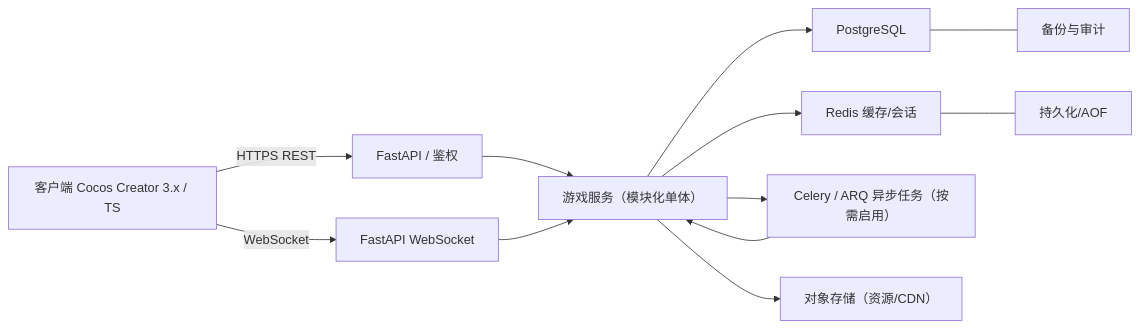
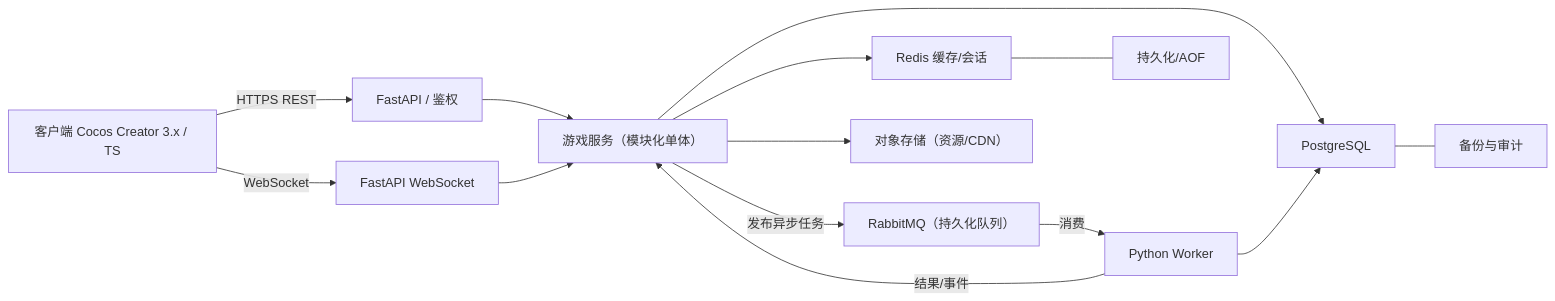
The diagram in 无界之外_GDD_第17章_技术架构与数据规范.md (ansuns/Beyond-the-Unknown), drawn with Mermaid before and after one commit. The commit also changed other lines of this file, not shown here.

Commit message:
docs: adopt RabbitMQ for async task processing

````diff
--- a/无界之外_GDD_第17章_技术架构与数据规范.md
+++ b/无界之外_GDD_第17章_技术架构与数据规范.md
@@ -60,14 +60,16 @@
 ``` mermaid
 flowchart LR
     C["客户端 Cocos Creator 3.x / TS"] -->|HTTPS REST| GW["FastAPI / 鉴权"]
     C -->|WebSocket| WS["FastAPI WebSocket"]
     GW --> SVC["游戏服务（模块化单体）"]
     WS --> SVC
     SVC --> PG["PostgreSQL"]
     SVC --> RD["Redis 缓存/会话"]
-    SVC --> MQ["Celery / ARQ 异步任务（按需启用）"]
-    MQ --> SVC
+    SVC -->|发布异步任务| MQ["RabbitMQ（持久化队列）"]
+    MQ -->|消费| WK["Python Worker"]
+    WK --> PG
+    WK -->|结果/事件| SVC
     SVC --> OSS["对象存储（资源/CDN）"]
     PG --- BAQ["备份与审计"]
     RD --- BARD["持久化/AOF"]
 ```
````
